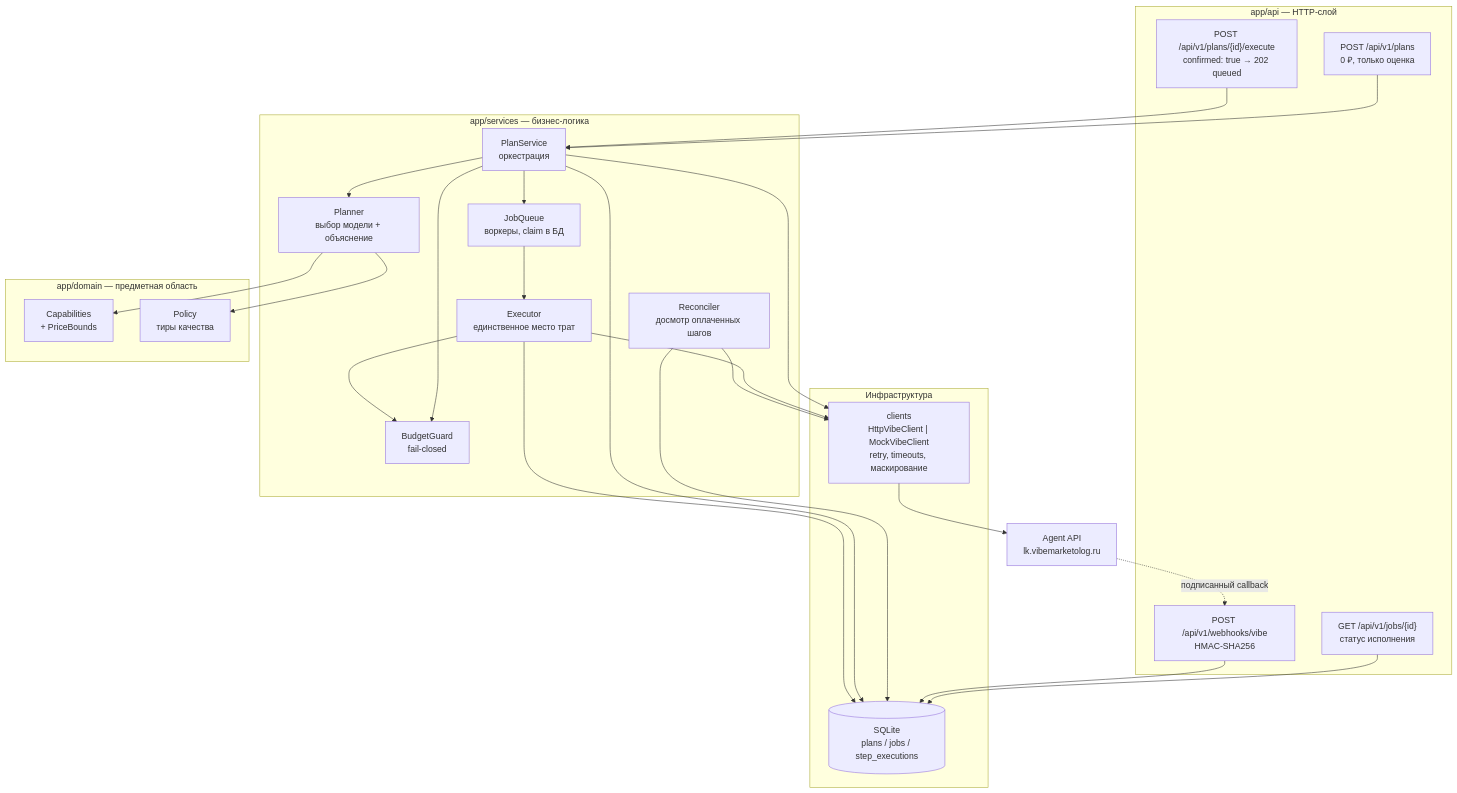
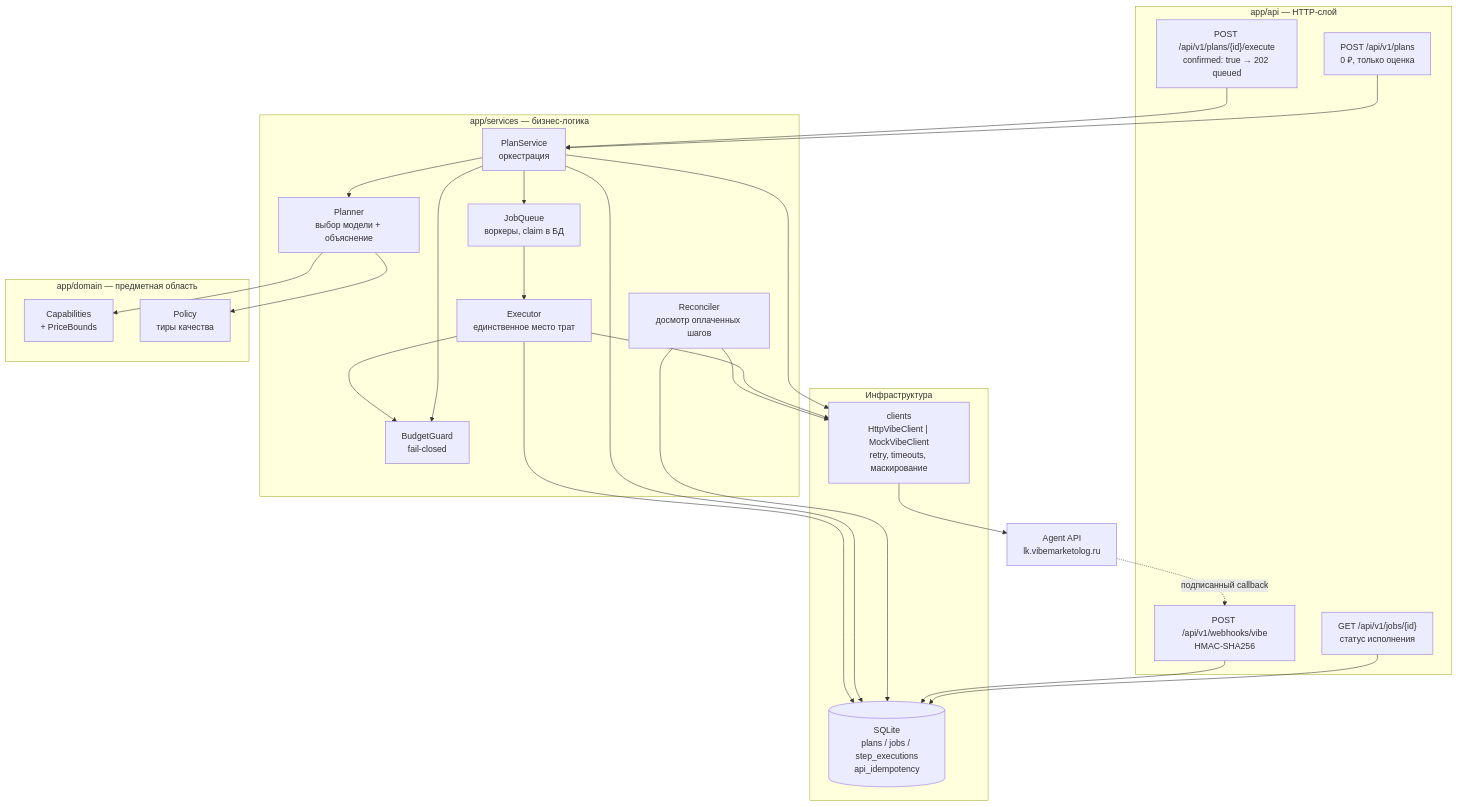
One commit to pargevk1996-a11y/agent_006 changed the diagram in README.md. Above: the diagram before and after it, drawn with Mermaid. The commit also changed other lines of this file and 6 other files, not shown here.

Commit message:
feat(api): Idempotency-Key на POST /plans и /execute

````diff
--- a/README.md
+++ b/README.md
@@ -66,50 +66,50 @@
 ```mermaid
 flowchart TB
     subgraph API["app/api — HTTP-слой"]
         P["POST /api/v1/plans<br/>0 ₽, только оценка"]
         E["POST /api/v1/plans/{id}/execute<br/>confirmed: true → 202 queued"]
         J["GET /api/v1/jobs/{id}<br/>статус исполнения"]
         W["POST /api/v1/webhooks/vibe<br/>HMAC-SHA256"]
     end
 
     subgraph SVC["app/services — бизнес-логика"]
         PS["PlanService<br/>оркестрация"]
         PL["Planner<br/>выбор модели + объяснение"]
         BG["BudgetGuard<br/>fail-closed"]
         Q["JobQueue<br/>воркеры, claim в БД"]
         EX["Executor<br/>единственное место трат"]
         RC["Reconciler<br/>досмотр оплаченных шагов"]
     end
 
     subgraph DOM["app/domain — предметная область"]
         CAP["Capabilities<br/>+ PriceBounds"]
         POL["Policy<br/>тиры качества"]
     end
 
     subgraph INF["Инфраструктура"]
         CL["clients<br/>HttpVibeClient | MockVibeClient<br/>retry, timeouts, маскирование"]
-        DB[("SQLite<br/>plans / jobs / step_executions")]
+        DB[("SQLite<br/>plans / jobs / step_executions<br/>api_idempotency")]
     end
 
     VIBE["Agent API<br/>lk.vibemarketolog.ru"]
 
     P --> PS
     E --> PS
     J --> DB
     W --> DB
     PS --> PL
     PL --> POL
     PL --> CAP
     PS --> BG
     PS --> Q
     Q --> EX
     EX --> BG
     PS --> CL
     EX --> CL
     RC --> CL
     RC --> DB
     CL --> VIBE
     PS --> DB
     EX --> DB
     VIBE -.->|подписанный callback| W
 ```
````
